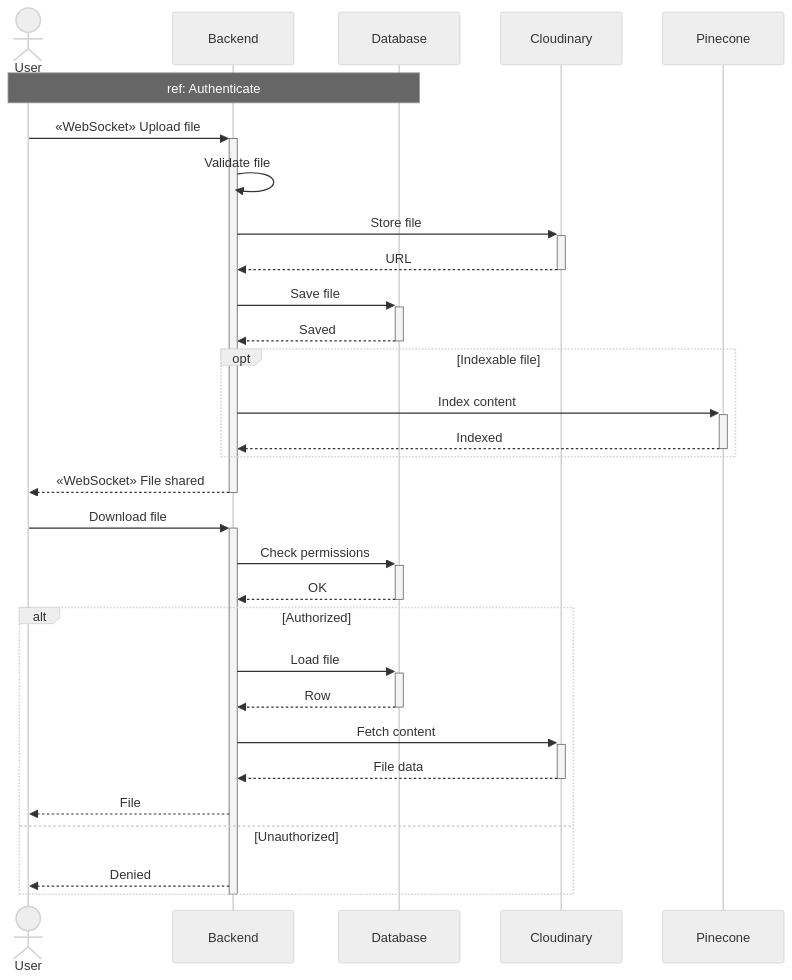
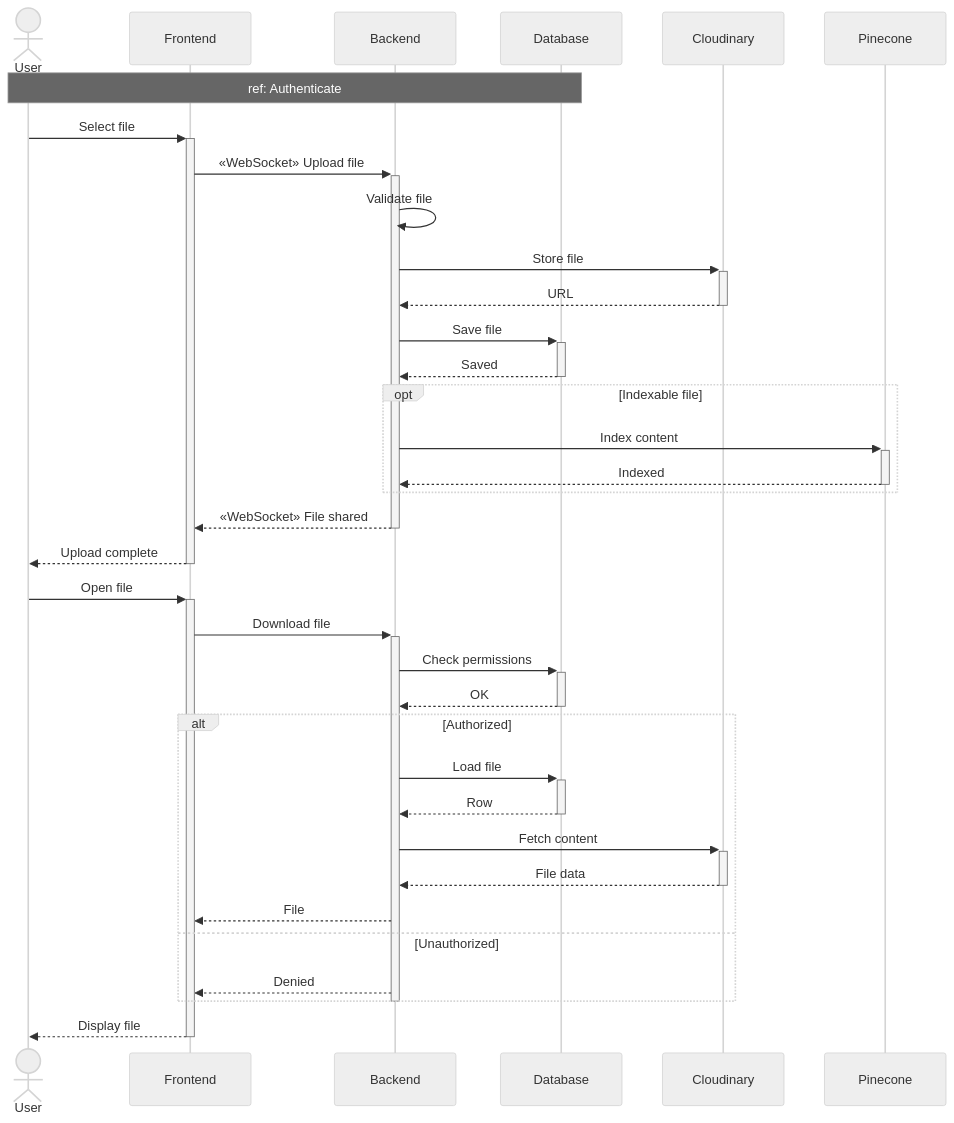
Before and after one commit to MohamedChebbi123/teamnest: the tenth of 16 diagrams in docs/SEQUENCE_DIAGRAMS.md, drawn with Mermaid (neutral theme). The commit also changed other lines of this file, not shown here.

````diff
--- a/docs/SEQUENCE_DIAGRAMS.md
+++ b/docs/SEQUENCE_DIAGRAMS.md
@@ -351,36 +391,41 @@
 ```mermaid
 sequenceDiagram
     actor User
+    participant FE as Frontend
     participant API as Backend
     participant DB as Database
     participant Cloud as Cloudinary
     participant Vec as Pinecone
 
     Note over User,DB: ref: Authenticate
 
-    User->>+API: «WebSocket» Upload file
+    User->>+FE: Select file
+    FE->>+API: «WebSocket» Upload file
     API->>API: Validate file
     API->>+Cloud: Store file
     Cloud-->>-API: URL
     API->>+DB: Save file
     DB-->>-API: Saved
     opt Indexable file
         API->>+Vec: Index content
         Vec-->>-API: Indexed
     end
-    API-->>-User: «WebSocket» File shared
+    API-->>-FE: «WebSocket» File shared
+    FE-->>-User: Upload complete
 
-    User->>+API: Download file
+    User->>+FE: Open file
+    FE->>+API: Download file
     API->>+DB: Check permissions
     DB-->>-API: OK
     alt Authorized
         API->>+DB: Load file
         DB-->>-API: Row
         API->>+Cloud: Fetch content
         Cloud-->>-API: File data
-        API-->>User: File
+        API-->>FE: File
     else Unauthorized
-        API-->>User: Denied
+        API-->>FE: Denied
     end
     deactivate API
+    FE-->>-User: Display file
 ```
````
